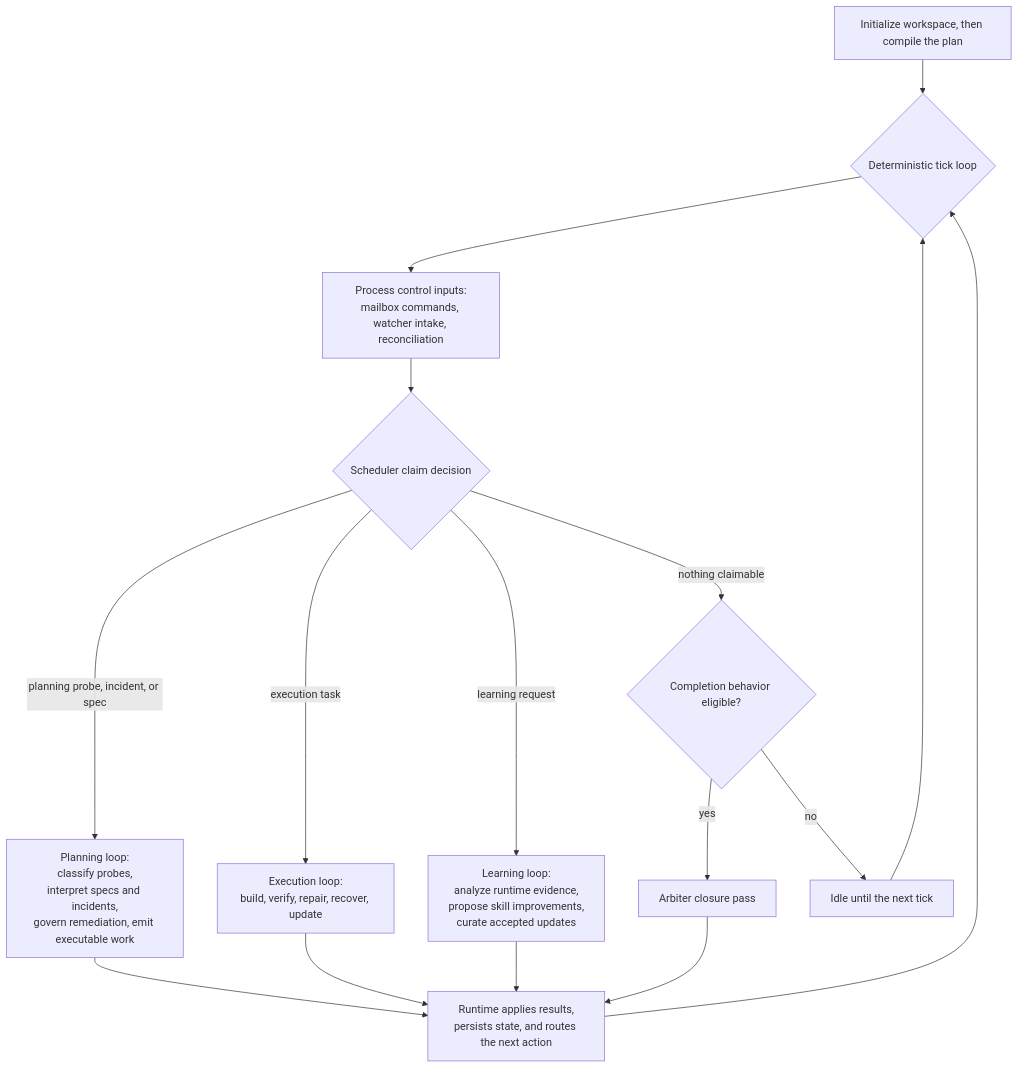
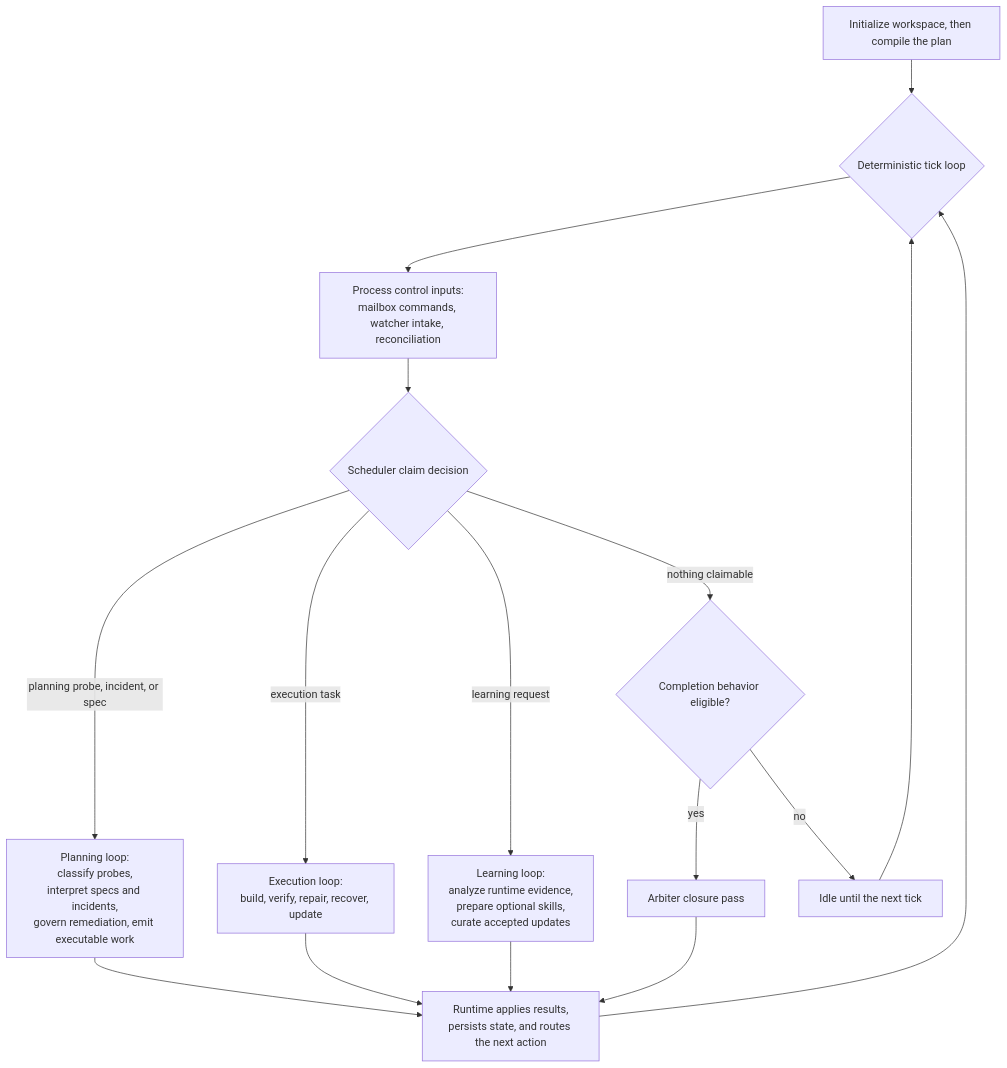
Before and after one commit to tim-osterhus/millrace: the diagram in README.md, drawn with Mermaid. The commit also changed other lines of this file and 42 other files, not shown here.

Commit message:
Add Librarian learning skill discovery

````diff
--- a/README.md
+++ b/README.md
@@ -56,18 +56,18 @@
 ```mermaid
 flowchart TD
     A["Initialize workspace, then compile the plan"] --> B{"Deterministic tick loop"}
     B --> C["Process control inputs:<br/>mailbox commands, watcher intake, reconciliation"]
     C --> D{"Scheduler claim decision"}
     D -- planning probe, incident, or spec --> E["Planning loop:<br/>classify probes,<br/>interpret specs and incidents,<br/>govern remediation, emit executable work"]
     D -- execution task --> F["Execution loop:<br/>build, verify, repair, recover, update"]
-    D -- learning request --> K["Learning loop:<br/>analyze runtime evidence,<br/>propose skill improvements,<br/>curate accepted updates"]
+    D -- learning request --> K["Learning loop:<br/>analyze runtime evidence,<br/>prepare optional skills,<br/>curate accepted updates"]
     D -- nothing claimable --> G{"Completion behavior eligible?"}
     G -- yes --> H["Arbiter closure pass"]
     G -- no --> I["Idle until the next tick"]
     E --> J["Runtime applies results,<br/>persists state, and routes the next action"]
     F --> J
     K --> J
     H --> J
     J --> B
     I --> B
 ```
````
